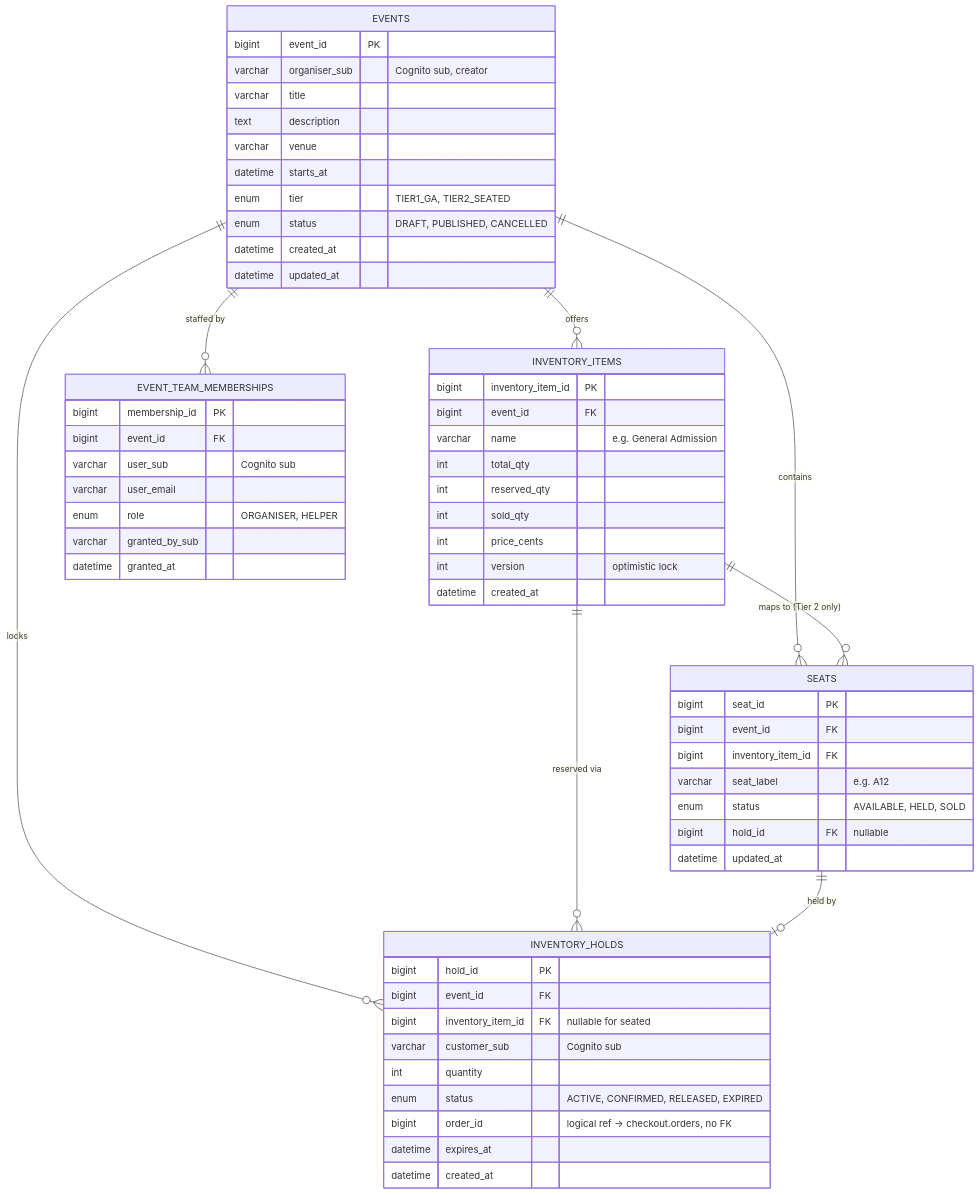
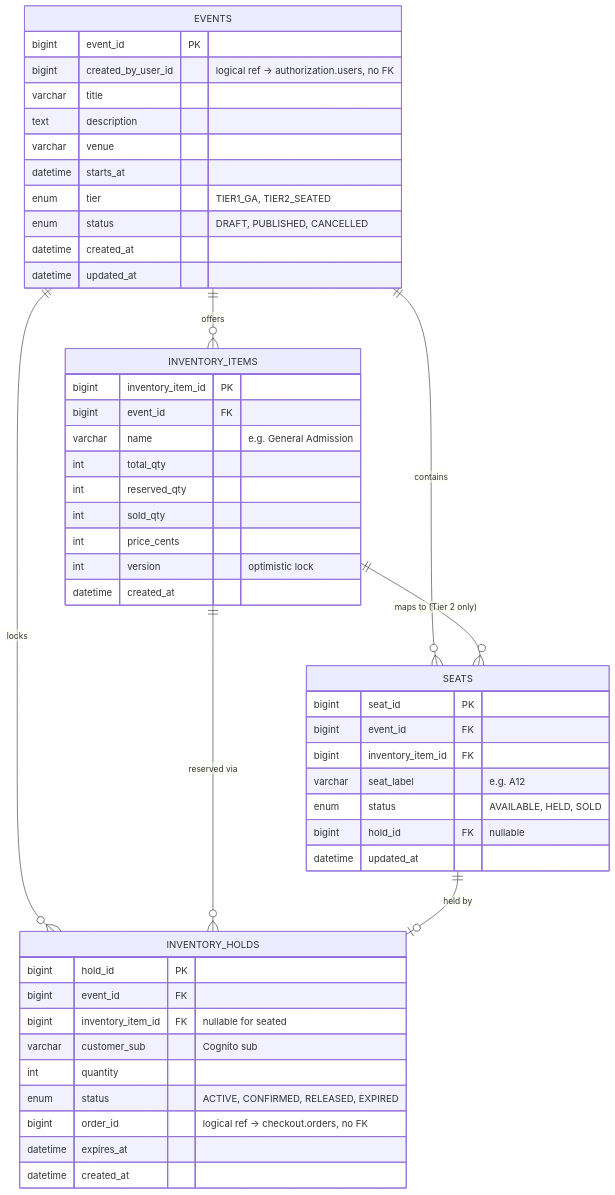
One commit to nus-mtech-grp1-sem2/docs changed the sixth of 14 diagrams in OneStage-System-Design.md. Above: the diagram before and after it, drawn with Mermaid. The commit also changed other lines of this file, not shown here.

Commit message:
docs: document authentication and authorization architecture

````diff
--- a/OneStage-System-Design.md
+++ b/OneStage-System-Design.md
@@ -86,63 +279,53 @@
 ```mermaid
 erDiagram
     EVENTS ||--o{ INVENTORY_ITEMS : offers
     EVENTS ||--o{ SEATS : contains
-    EVENTS ||--o{ EVENT_TEAM_MEMBERSHIPS : "staffed by"
     EVENTS ||--o{ INVENTORY_HOLDS : locks
     INVENTORY_ITEMS ||--o{ SEATS : "maps to (Tier 2 only)"
     INVENTORY_ITEMS ||--o{ INVENTORY_HOLDS : "reserved via"
     SEATS ||--o| INVENTORY_HOLDS : "held by"
 
     EVENTS {
         bigint event_id PK
-        varchar organiser_sub "Cognito sub, creator"
+        bigint created_by_user_id "logical ref -> authorization.users, no FK"
         varchar title
         text description
         varchar venue
         datetime starts_at
         enum tier "TIER1_GA, TIER2_SEATED"
         enum status "DRAFT, PUBLISHED, CANCELLED"
         datetime created_at
         datetime updated_at
-    }
-    EVENT_TEAM_MEMBERSHIPS {
-        bigint membership_id PK
-        bigint event_id FK
-        varchar user_sub "Cognito sub"
-        varchar user_email
-        enum role "ORGANISER, HELPER"
-        varchar granted_by_sub
-        datetime granted_at
     }
     INVENTORY_ITEMS {
         bigint inventory_item_id PK
         bigint event_id FK
         varchar name "e.g. General Admission"
         int total_qty
         int reserved_qty
         int sold_qty
         int price_cents
         int version "optimistic lock"
         datetime created_at
     }
     SEATS {
         bigint seat_id PK
         bigint event_id FK
         bigint inventory_item_id FK
         varchar seat_label "e.g. A12"
         enum status "AVAILABLE, HELD, SOLD"
         bigint hold_id FK "nullable"
         datetime updated_at
     }
     INVENTORY_HOLDS {
         bigint hold_id PK
         bigint event_id FK
         bigint inventory_item_id FK "nullable for seated"
         varchar customer_sub "Cognito sub"
         int quantity
         enum status "ACTIVE, CONFIRMED, RELEASED, EXPIRED"
         bigint order_id "logical ref -> checkout.orders, no FK"
         datetime expires_at
         datetime created_at
     }
 ```
````
